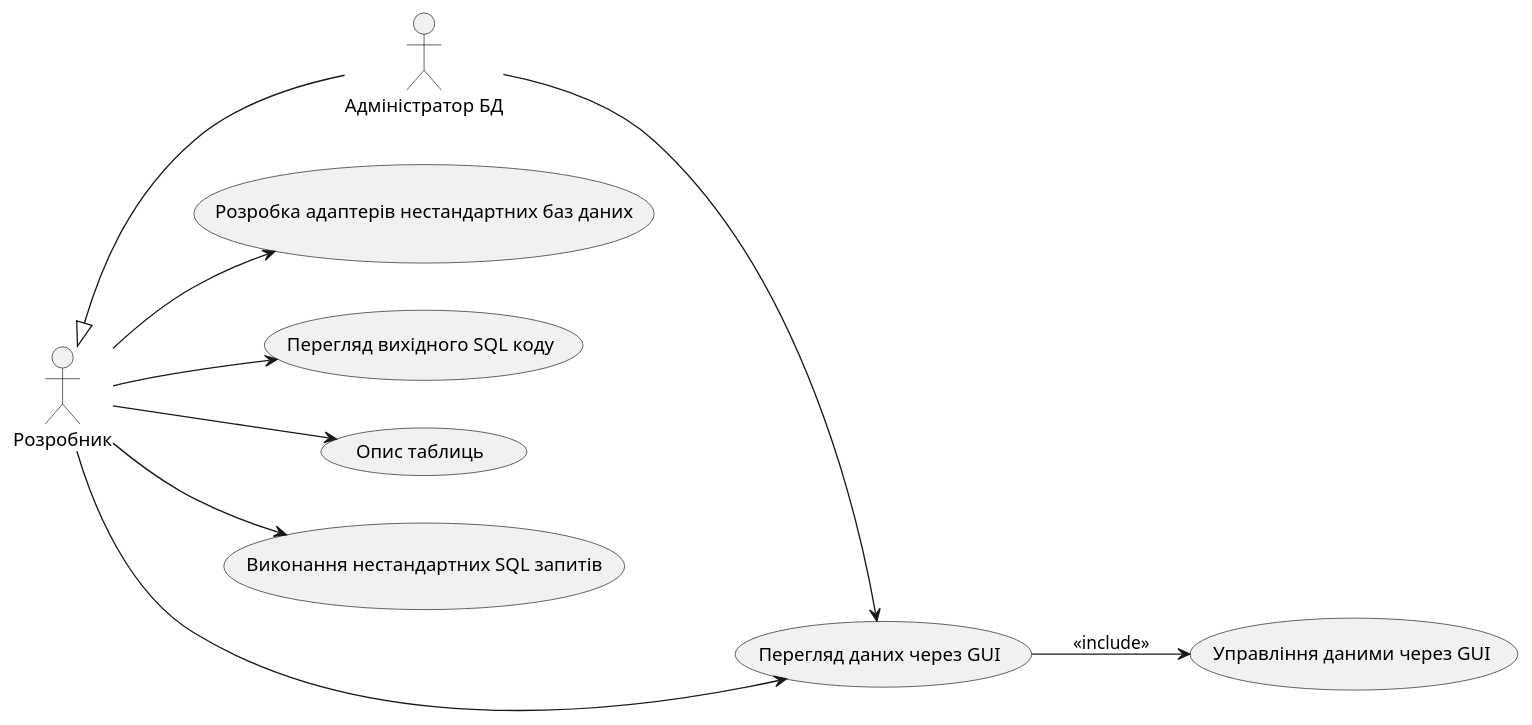
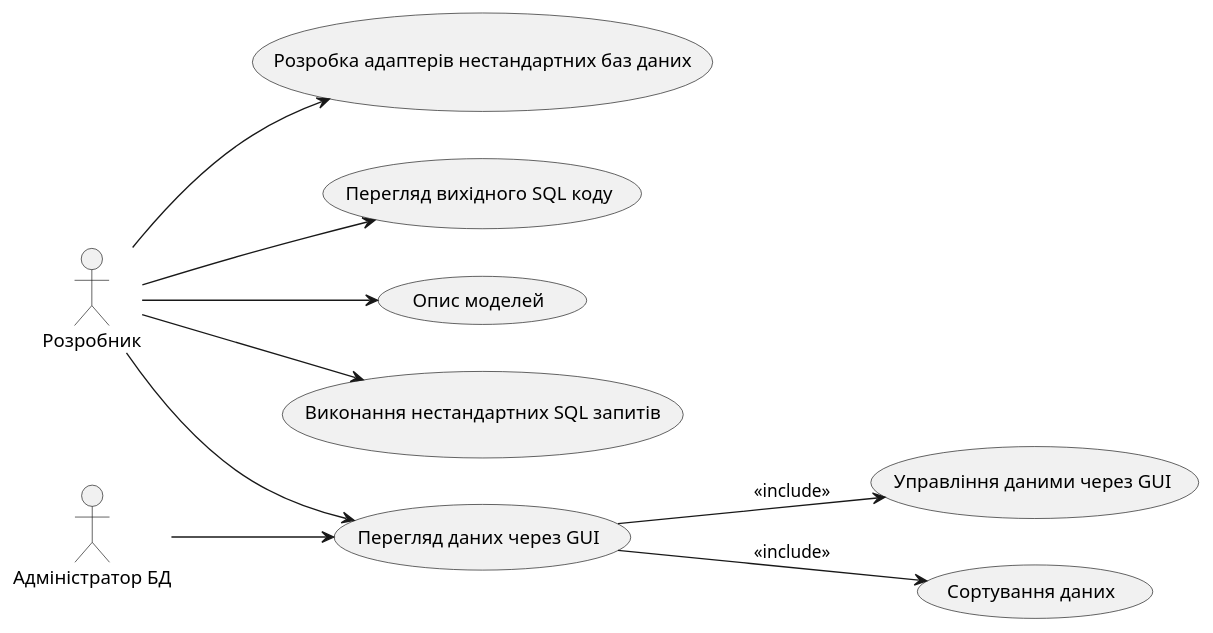
One commit to nonamecat19/go-orm changed the diagram in diagrams/usecase.puml. Above: the diagram before and after it, drawn with PlantUML. The commit also changed 3 other files, not shown here.

Commit message:
docs: update diagrams

```diff
--- a/diagrams/usecase.puml
+++ b/diagrams/usecase.puml
@@ -1,30 +1,26 @@
 @startuml
 left to right direction
 
-' Actors
 actor "Розробник" as DEV
 actor "Адміністратор БД" as DBA
 
 usecase "Розробка адаптерів нестандартних баз даних" as UC1
 usecase "Перегляд вихідного SQL коду" as UC2
-usecase "Опис таблиць" as UC3
+usecase "Опис моделей" as UC3
 usecase "Виконання нестандартних SQL запитів" as UC4
 usecase "Управління даними через GUI" as UC5
 usecase "Перегляд даних через GUI" as UC6
+usecase "Сортування даних" as UC7
 
-' Actor relationships
-DEV <|-- DBA
-
-' Use case relationships
 DEV --> UC3
 DEV --> UC4
 DEV --> UC1
 DEV --> UC2
 DEV --> UC6
 
 DBA --> UC6
 
-' Include relations
 UC6 --> UC5 : <<include>>
+UC6 --> UC7 : <<include>>
 
 @enduml
```
